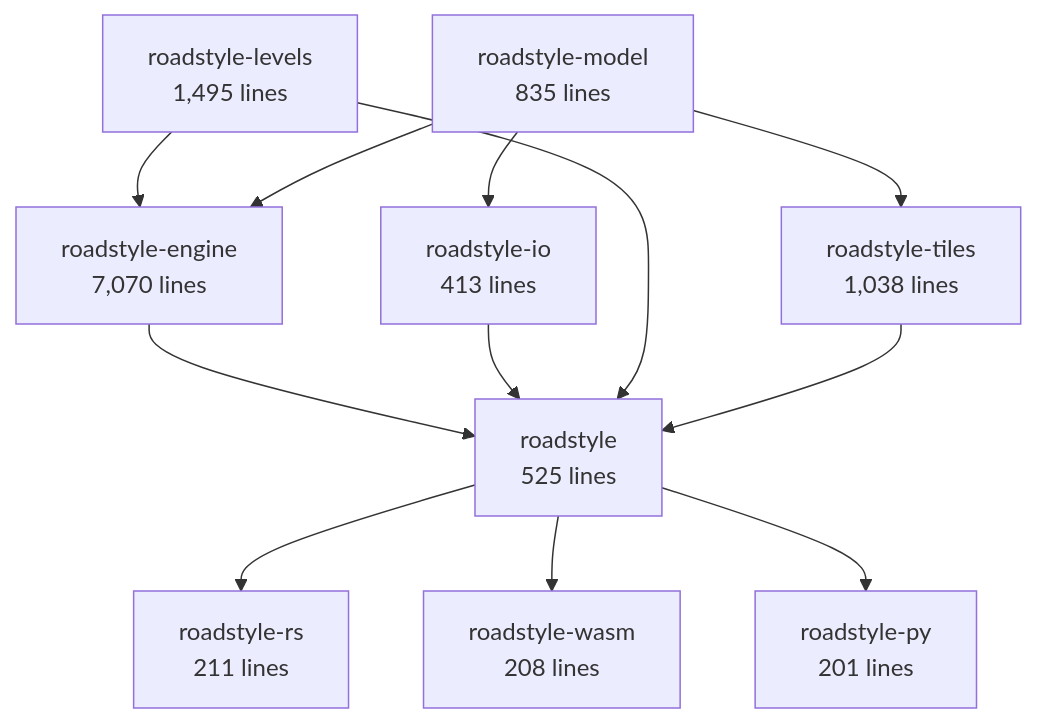
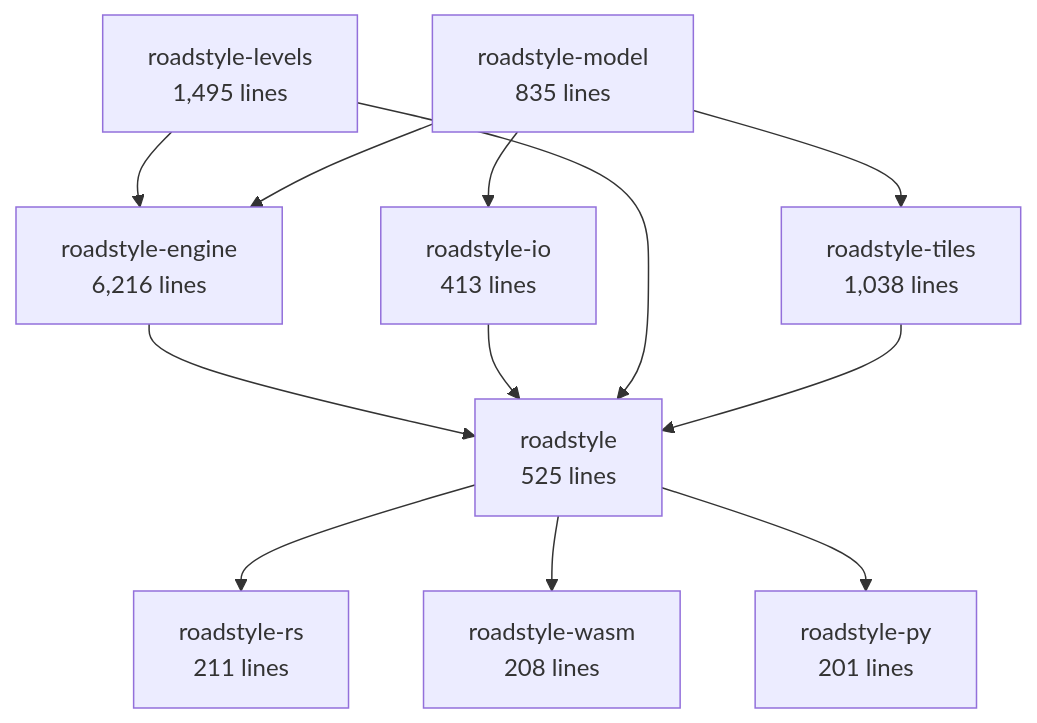
Before and after one commit to Khoshkhah/roadstyle: the second of 6 diagrams in docs/rust/architecture.md, drawn with Mermaid. The commit also changed other lines of this file, not shown here.

Commit message:
docs: the architecture page made again from the code (no full.rs)

````diff
--- a/docs/rust/architecture.md
+++ b/docs/rust/architecture.md
@@ -69,23 +69,23 @@
 ```mermaid
 flowchart TB
     roadstyle_model["roadstyle-model<br/>835 lines"]
     roadstyle_io["roadstyle-io<br/>413 lines"]
     roadstyle_levels["roadstyle-levels<br/>1,495 lines"]
-    roadstyle_engine["roadstyle-engine<br/>7,070 lines"]
+    roadstyle_engine["roadstyle-engine<br/>6,216 lines"]
     roadstyle_tiles["roadstyle-tiles<br/>1,038 lines"]
     roadstyle["roadstyle<br/>525 lines"]
     roadstyle_rs["roadstyle-rs<br/>211 lines"]
     roadstyle_wasm["roadstyle-wasm<br/>208 lines"]
     roadstyle_py["roadstyle-py<br/>201 lines"]
     roadstyle_model --> roadstyle_io
     roadstyle_levels --> roadstyle_engine
     roadstyle_model --> roadstyle_engine
     roadstyle_model --> roadstyle_tiles
     roadstyle_engine --> roadstyle
     roadstyle_io --> roadstyle
     roadstyle_levels --> roadstyle
     roadstyle_tiles --> roadstyle
     roadstyle --> roadstyle_rs
     roadstyle --> roadstyle_wasm
     roadstyle --> roadstyle_py
 ```
````
